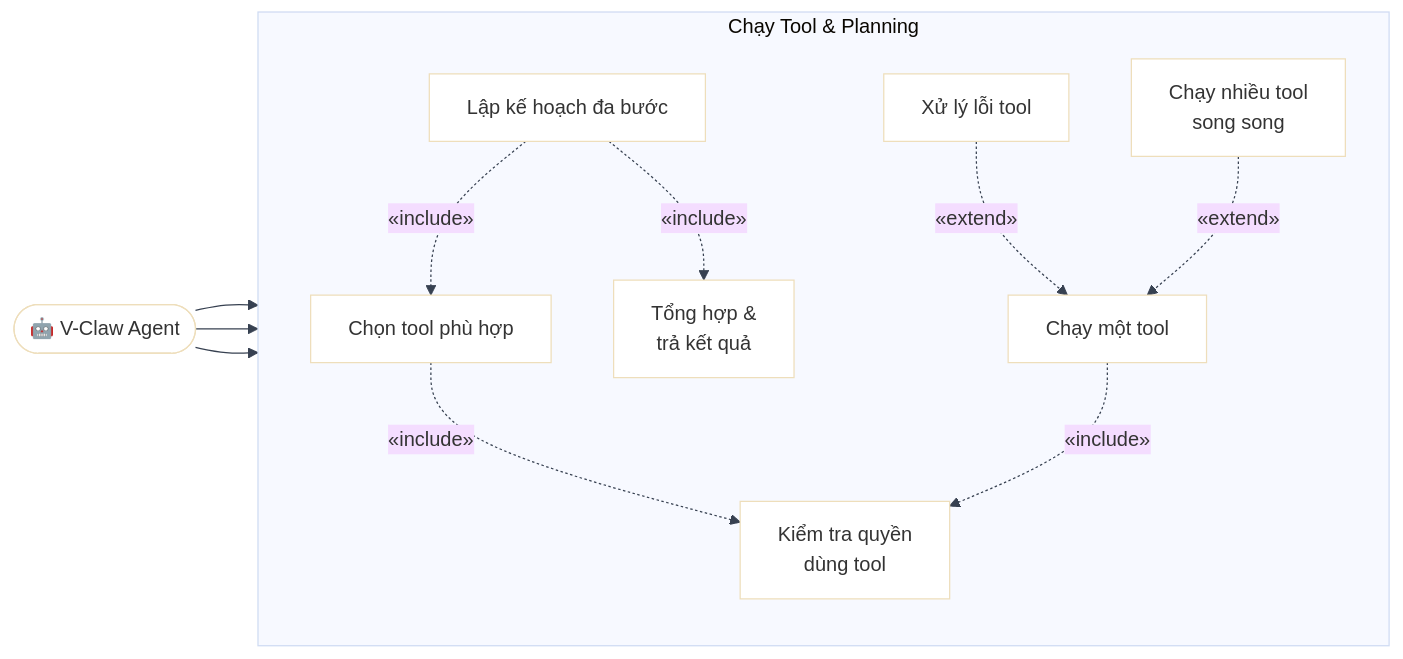
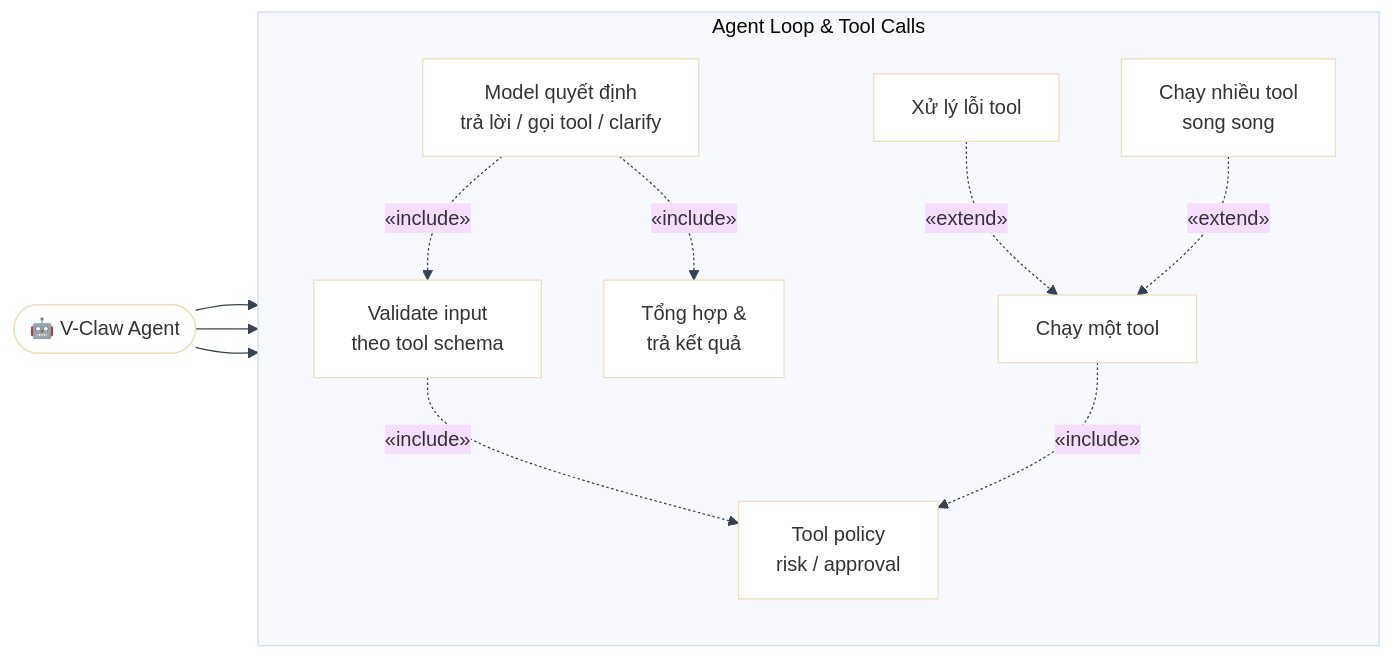
Before and after one commit to AI26-V-Claw/V-Claw: the second of 9 diagrams in docs/02-usecase-diagram.md, drawn with Mermaid. The commit also changed other lines of this file and 19 other files, not shown here.

Commit message:
Add turn router based agent flow

````diff
--- a/docs/02-usecase-diagram.md
+++ b/docs/02-usecase-diagram.md
@@ -50,27 +48,27 @@
 ```mermaid
 %%{init: {"theme": "base", "themeVariables": {"background": "#ffffff", "mainBkg": "#ffffff", "darkMode": false, "lineColor": "#374151"}}}%%
 flowchart LR
     agent(["🤖 V-Claw Agent"])
 
-    subgraph TOOL ["Chạy Tool & Planning"]
+    subgraph TOOL ["Agent Loop & Tool Calls"]
         direction TB
-        T_PLAN["Lập kế hoạch đa bước"]
-        T_SELECT["Chọn tool phù hợp"]
-        T_PERM["Kiểm tra quyền\ndùng tool"]
+        T_DECIDE["Model quyết định\ntrả lời / gọi tool / clarify"]
+        T_SCHEMA["Validate input\ntheo tool schema"]
+        T_POLICY["Tool policy\nrisk / approval"]
         T_RUN["Chạy một tool"]
         T_PARALLEL["Chạy nhiều tool\nsong song"]
         T_ERROR["Xử lý lỗi tool"]
         T_RESULT["Tổng hợp &\ntrả kết quả"]
 
-        T_PLAN -.->|"«include»"| T_SELECT
-        T_SELECT -.->|"«include»"| T_PERM
-        T_RUN -.->|"«include»"| T_PERM
+        T_DECIDE -.->|"«include»"| T_SCHEMA
+        T_SCHEMA -.->|"«include»"| T_POLICY
+        T_RUN -.->|"«include»"| T_POLICY
         T_ERROR -.->|"«extend»"| T_RUN
         T_PARALLEL -.->|"«extend»"| T_RUN
-        T_PLAN -.->|"«include»"| T_RESULT
+        T_DECIDE -.->|"«include»"| T_RESULT
     end
 
-    agent --> T_PLAN
+    agent --> T_DECIDE
     agent --> T_RUN
     agent --> T_PARALLEL
 ```
````
